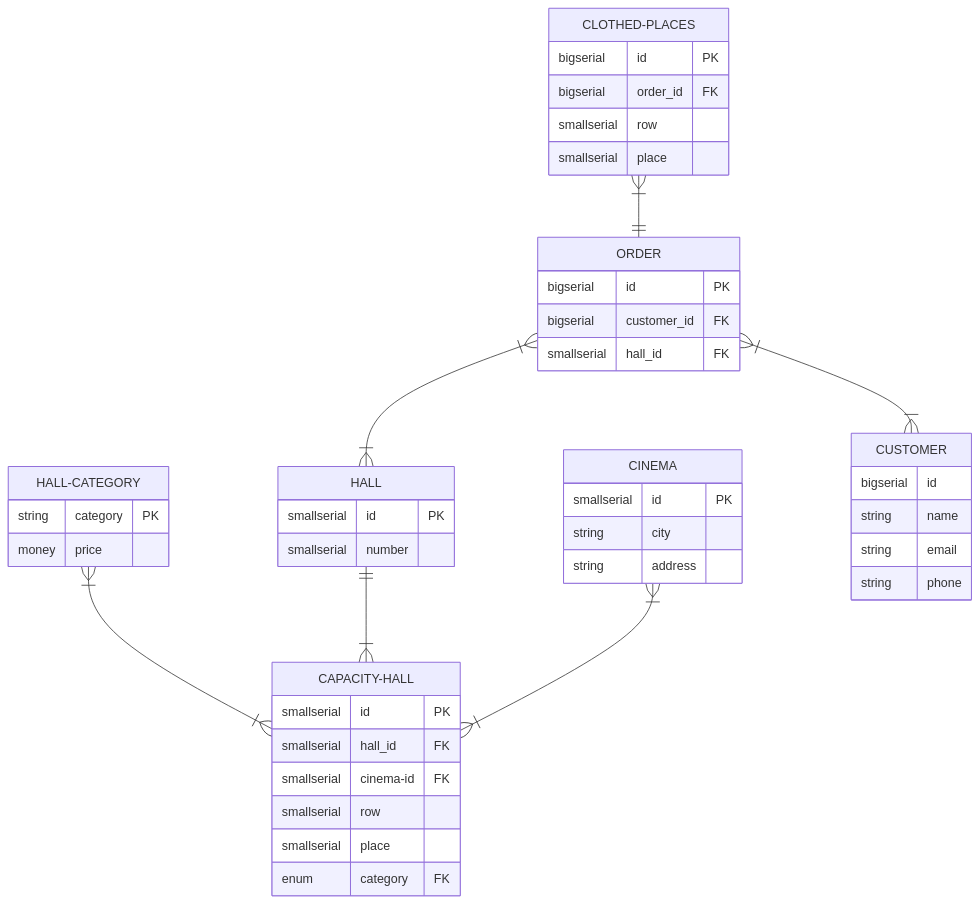
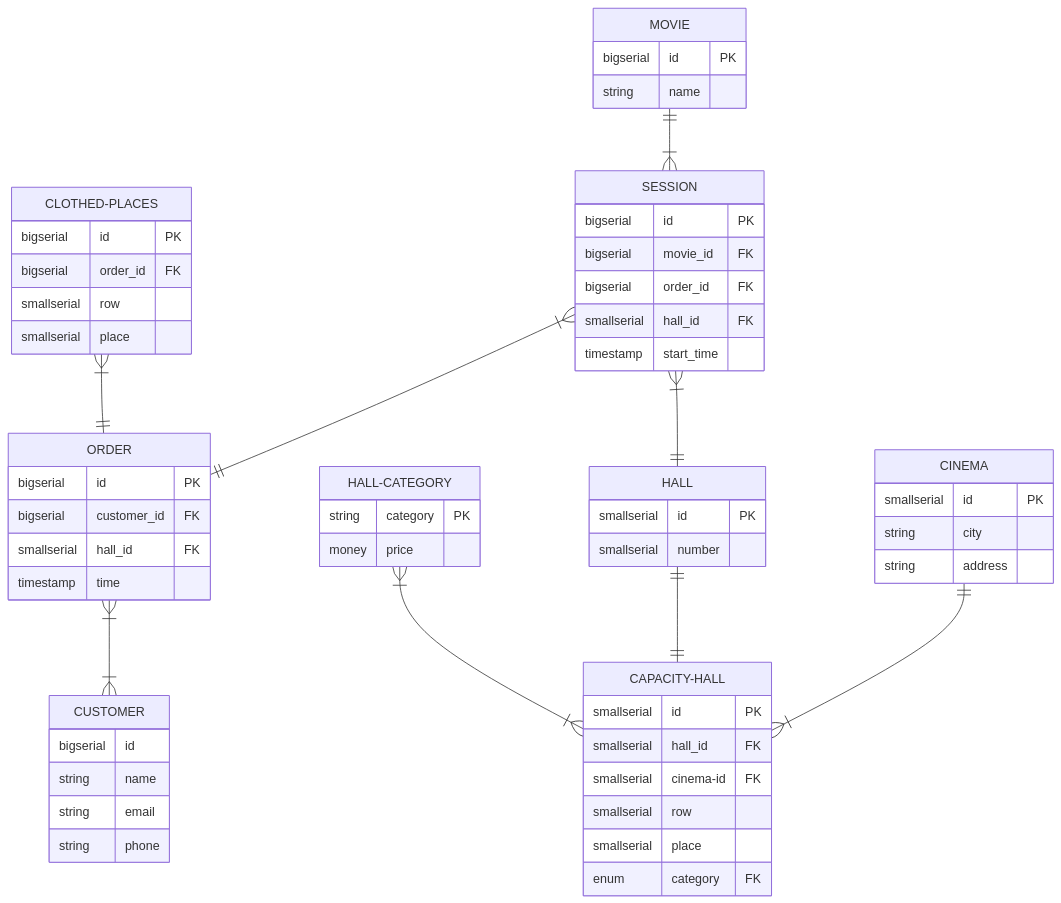
One commit to otusteamedu/PHP_2025 changed the diagram in cinema.mmd. Above: the diagram before and after it, drawn with Mermaid.

Commit message:
feat(database schema): Added MOVIE and SESSION tables. Relationships between tables have been changed

```diff
--- a/cinema.mmd
+++ b/cinema.mmd
@@ -1,53 +1,69 @@
 erDiagram
 	direction TB
 	HALL-CATEGORY {
 		string category PK ""
 		money price  ""
 	}
 
 	CINEMA {
 		smallserial id PK ""
 		string city  ""
 		string address  ""
 	}
 
 	HALL {
 		smallserial id PK ""
 		smallserial number  ""
 	}
 
 	CAPACITY-HALL {
 		smallserial id PK ""
 		smallserial hall_id FK ""
 		smallserial cinema-id FK ""
 		smallserial row  ""
 		smallserial place  ""
 		enum category FK ""
 	}
 
 	CUSTOMER {
 		bigserial id  ""
 		string name  ""
 		string email  ""
 		string phone  ""
 	}
 
-	ORDER {
-		bigserial id PK ""
-		bigserial customer_id FK ""
-		smallserial hall_id FK ""
-	}
-
 	CLOTHED-PLACES {
 		bigserial id PK ""
 		bigserial order_id FK ""
 		smallserial row  ""
 		smallserial place  ""
 	}
 
+	MOVIE {
+		bigserial id PK ""
+		string name  ""
+	}
+
+	ORDER {
+		bigserial id PK ""
+		bigserial customer_id FK ""
+		smallserial hall_id FK ""
+		timestamp time  ""
+	}
+
+	SESSION {
+		bigserial id PK ""
+		bigserial movie_id FK ""
+		bigserial order_id FK ""
+		smallserial hall_id FK ""
+		timestamp start_time  ""
+	}
+
 	HALL-CATEGORY}|--|{CAPACITY-HALL:"  "
-	HALL||--|{CAPACITY-HALL:"  "
-	CINEMA}|--|{CAPACITY-HALL:"  "
+	HALL||--||CAPACITY-HALL:"  "
+	CINEMA||--|{CAPACITY-HALL:"  "
 	ORDER}|--|{CUSTOMER:"  "
-	ORDER}|--|{HALL:"  "
 	CLOTHED-PLACES}|--||ORDER:"  "
+	SESSION}|--||ORDER:"  "
+	MOVIE||--|{SESSION:"  "
+	SESSION}|--||HALL:"  "
```
